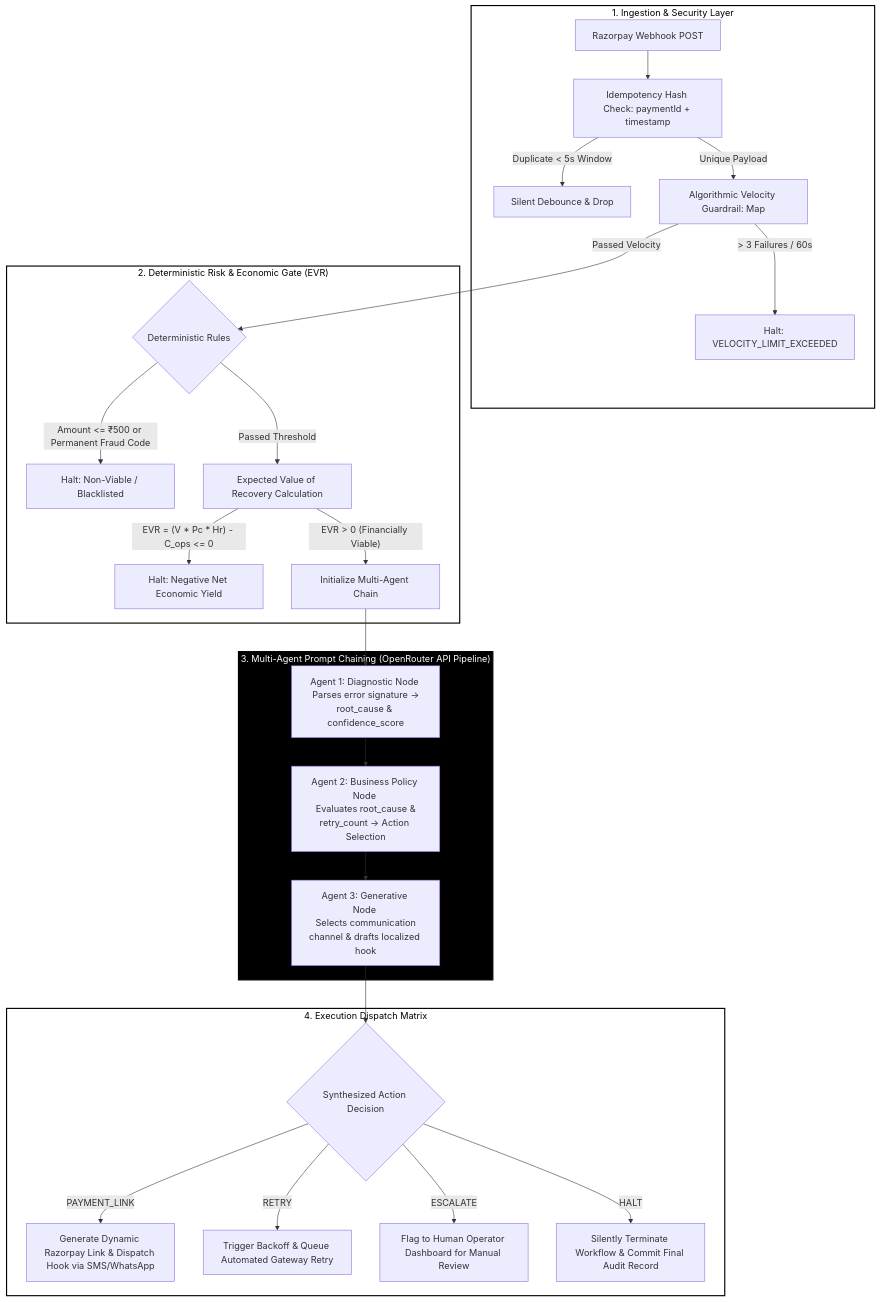
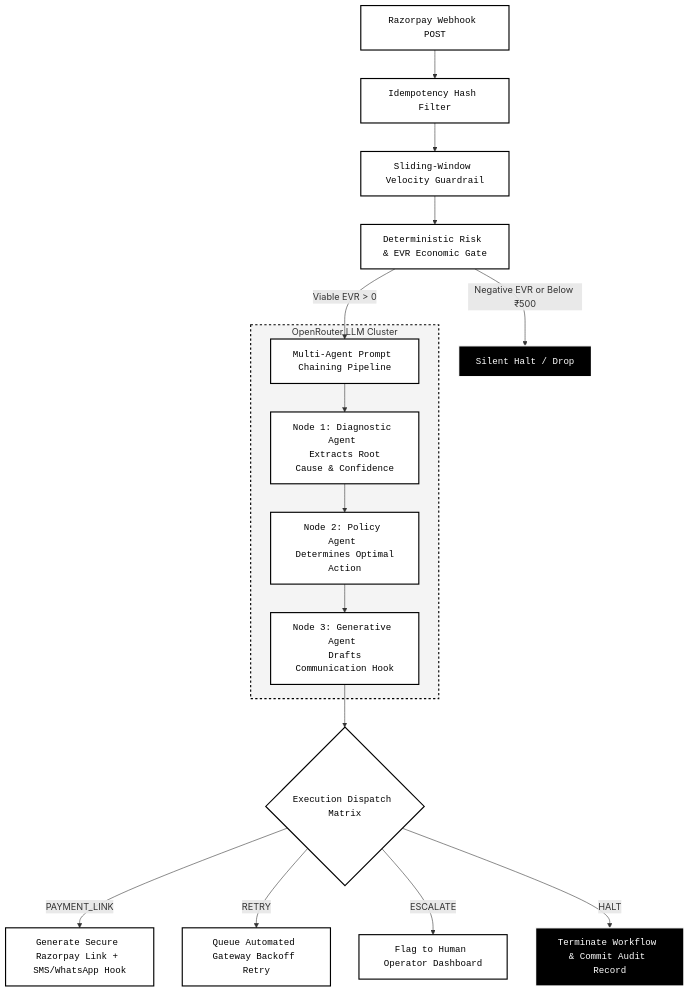
Before and after one commit to madhav9757/Razorpay-ai-buildathon: the diagram in ARCHITECTURE.md, drawn with Mermaid.

Commit message:
docs: refactor and simplify architecture diagram for improved readability and styling

````diff
--- a/ARCHITECTURE.md
+++ b/ARCHITECTURE.md
@@ -15,36 +15,37 @@
 ```mermaid
 graph TD
-    subgraph Ingestion ["1. Ingestion & Security Layer"]
-        A[Razorpay Webhook POST] --> B[Idempotency Hash Check: paymentId + timestamp]
-        B -->|Duplicate < 5s Window| B_Drop[Silent Debounce & Drop]
-        B -->|Unique Payload| C[Algorithmic Velocity Guardrail: Map<string, timestamps>]
-        C -->| > 3 Failures / 60s | C_Reject[Halt: VELOCITY_LIMIT_EXCEEDED]
+    classDef default fill:#ffffff,stroke:#000000,stroke-width:2px,color:#000000,font-family:monospace;
+
+    Webhook[Razorpay Webhook POST] --> Idempotency[Idempotency Hash Filter]
+    Idempotency --> Velocity[Sliding-Window Velocity Guardrail]
+    Velocity --> Risk[Deterministic Risk & EVR Economic Gate]
+
+    Risk -->|Negative EVR or Below ₹500| Reject[Silent Halt / Drop]
+    Risk -->|Viable EVR > 0| AI[Multi-Agent Prompt Chaining Pipeline]
+
+    subgraph AI_Pipeline [OpenRouter LLM Cluster]
+        AI --> Diagnostic[Node 1: Diagnostic Agent <br/> Extracts Root Cause & Confidence]
+        Diagnostic --> Policy[Node 2: Policy Agent <br/> Determines Optimal Action]
+        Policy --> Generative[Node 3: Generative Agent <br/> Drafts Communication Hook]
     end
 
-    subgraph Risk_EVR ["2. Deterministic Risk & Economic Gate (EVR)"]
-        C -->|Passed Velocity| D{Deterministic Rules}
-        D -->|Amount <= ₹500 or Permanent Fraud Code| D_Reject[Halt: Non-Viable / Blacklisted]
-        D -->|Passed Threshold| E[Expected Value of Recovery Calculation]
-        E -->|"EVR = (V * Pc * Hr) - C_ops <= 0"| E_Reject[Halt: Negative Net Economic Yield]
-        E -->|"EVR > 0 (Financially Viable)"| F[Initialize Multi-Agent Chain]
-    end
+    Generative --> Action{Execution Dispatch Matrix}
 
-    subgraph AI_Chain ["3. Multi-Agent Prompt Chaining (OpenRouter API Pipeline)"]
-        F --> G[Agent 1: Diagnostic Node <br/> Parses error signature -> root_cause & confidence_score]
-        G --> H[Agent 2: Business Policy Node <br/> Evaluates root_cause & retry_count -> Action Selection]
-        H --> I[Agent 3: Generative Node <br/> Selects communication channel & drafts localized hook]
-    end
+    Action -->|PAYMENT_LINK| Link[Generate Secure Razorpay Link + SMS/WhatsApp Hook]
+    Action -->|RETRY| Retry[Queue Automated Gateway Backoff Retry]
+    Action -->|ESCALATE| Escalate[Flag to Human Operator Dashboard]
+    Action -->|HALT| Halt[Terminate Workflow & Commit Audit Record]
 
-    subgraph Execution ["4. Execution Dispatch Matrix"]
-        I --> J{Synthesized Action Decision}
-        J -->|PAYMENT_LINK| K[Generate Dynamic Razorpay Link & Dispatch Hook via SMS/WhatsApp]
-        J -->|RETRY| L[Trigger Backoff & Queue Automated Gateway Retry]
-        J -->|ESCALATE| M[Flag to Human Operator Dashboard for Manual Review]
-        J -->|HALT| N[Silently Terminate Workflow & Commit Final Audit Record]
-    end
-
-    style Ingestion fill:#ffffff,stroke:#000000,stroke-width:2px,color:#000000
-    style Risk_EVR fill:#ffffff,stroke:#000000,stroke-width:2px,color:#000000
-    style AI_Chain fill:#000000,stroke:#000000,stroke-width:2px,color:#ffffff
-    style Execution fill:#ffffff,stroke:#000000,stroke-width:2px,color:#000000
+    style Webhook fill:#ffffff,stroke:#000000,stroke-width:2px
+    style Idempotency fill:#ffffff,stroke:#000000,stroke-width:2px
+    style Velocity fill:#ffffff,stroke:#000000,stroke-width:2px
+    style Risk fill:#ffffff,stroke:#000000,stroke-width:2px
+    style Reject fill:#000000,stroke:#ffffff,stroke-width:2px,color:#ffffff
+    style AI fill:#ffffff,stroke:#000000,stroke-width:2px
+    style AI_Pipeline fill:#f4f4f4,stroke:#000000,stroke-width:2px,stroke-dasharray: 4 4
+    style Action fill:#ffffff,stroke:#000000,stroke-width:2px
+    style Link fill:#ffffff,stroke:#000000,stroke-width:2px
+    style Retry fill:#ffffff,stroke:#000000,stroke-width:2px
+    style Escalate fill:#ffffff,stroke:#000000,stroke-width:2px
+    style Halt fill:#000000,stroke:#ffffff,stroke-width:2px,color:#ffffff
 ```
````
